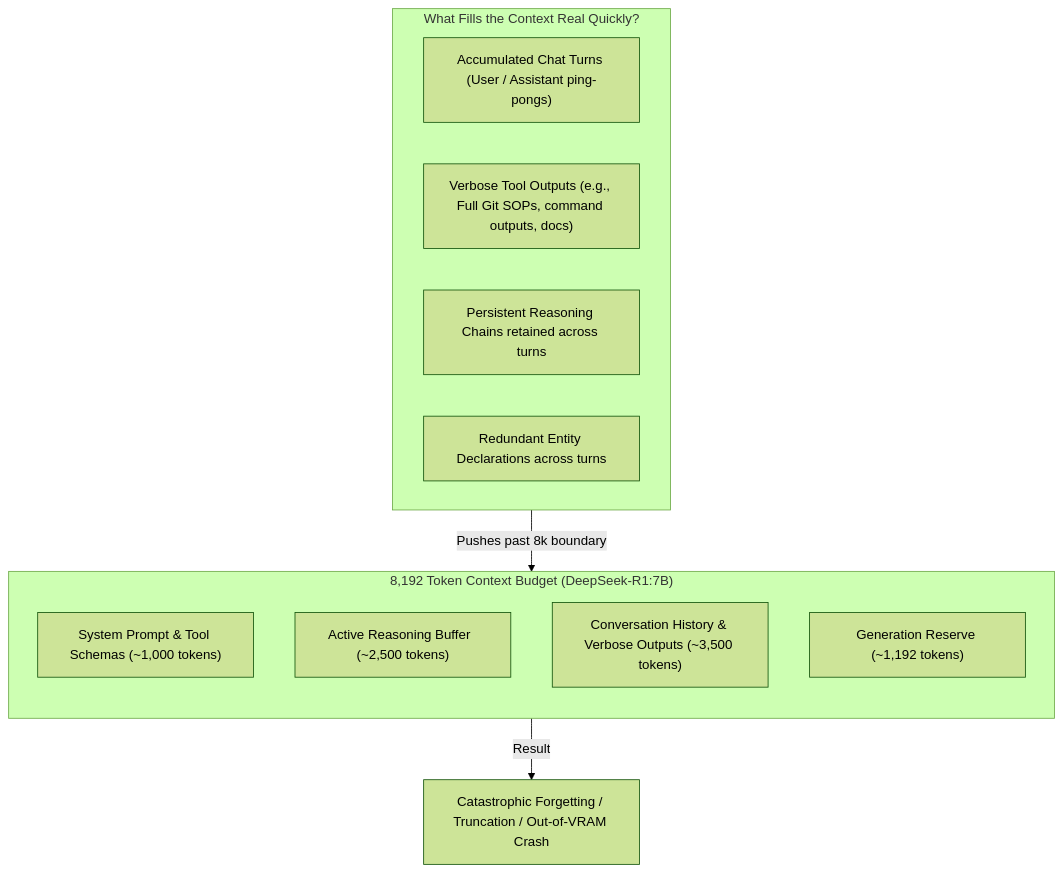
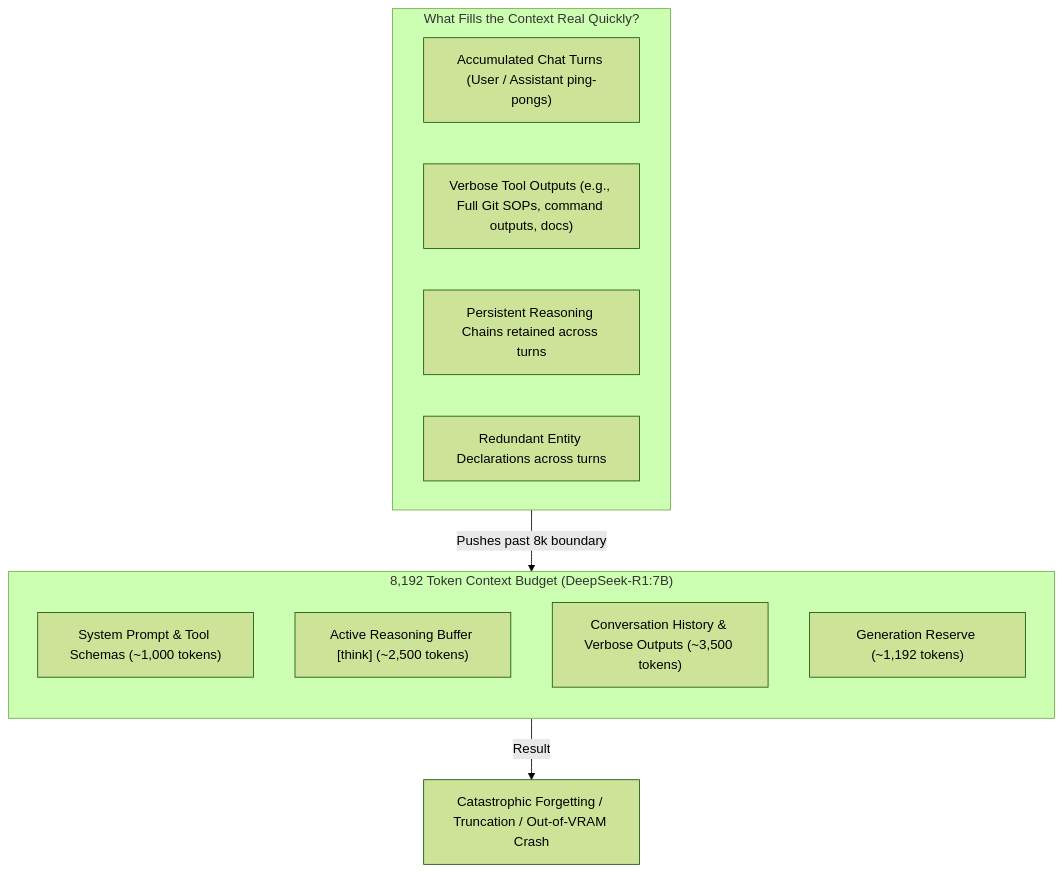
One commit to prethiv/Agentic-AI-Case-studies changed the first of 4 diagrams in case-studies/02-context-compaction-rag-memory/README.md. Above: the diagram before and after it, drawn with Mermaid (forest theme). The commit also changed other lines of this file and 13 other files, not shown here.

````diff
--- a/case-studies/02-context-compaction-rag-memory/README.md
+++ b/case-studies/02-context-compaction-rag-memory/README.md
@@ -26,20 +26,20 @@
 ```mermaid
 flowchart TD
     subgraph ContextBudget["8,192 Token Context Budget (DeepSeek-R1:7B)"]
         direction TB
         SP["System Prompt & Tool Schemas (~1,000 tokens)"]
-        RZN["Active Reasoning Buffer <think> (~2,500 tokens)"]
+        RZN["Active Reasoning Buffer [think] (~2,500 tokens)"]
         HIST["Conversation History & Verbose Outputs (~3,500 tokens)"]
         GEN["Generation Reserve (~1,192 tokens)"]
     end
 
     subgraph SaturationPoints["What Fills the Context Real Quickly?"]
         S1["Accumulated Chat Turns (User / Assistant ping-pongs)"]
         S2["Verbose Tool Outputs (e.g., Full Git SOPs, command outputs, docs)"]
         S3["Persistent Reasoning Chains retained across turns"]
         S4["Redundant Entity Declarations across turns"]
     end
 
     SaturationPoints -->|Pushes past 8k boundary| ContextBudget
     ContextBudget -->|Result| Failures["Catastrophic Forgetting / Truncation / Out-of-VRAM Crash"]
 ```
````
